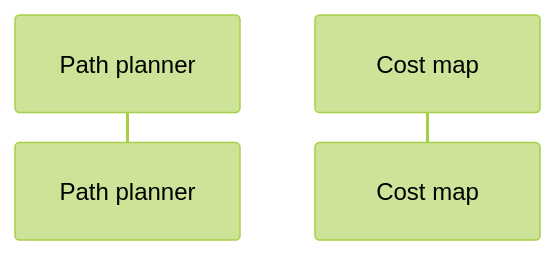
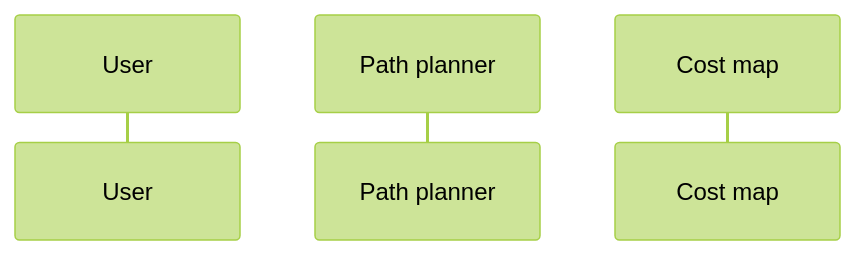
Before and after one commit to henrikuuste/codejam22-template: the second of 2 diagrams in docs/vault/api.md, drawn with Mermaid (forest theme). The commit also changed other lines of this file and 16 other files, not shown here.

````diff
--- a/docs/vault/api.md
+++ b/docs/vault/api.md
@@ -19,5 +40,6 @@
 ```mermaid
 sequenceDiagram
+  participant U as User
   participant PP as Path planner
   participant CM as Cost map
 ```
````
